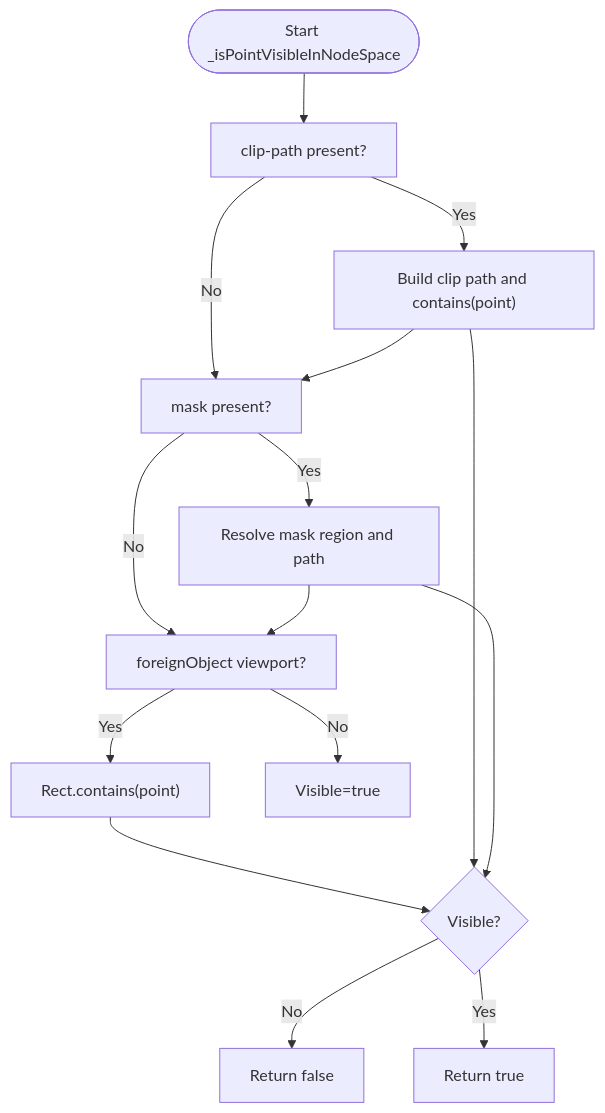
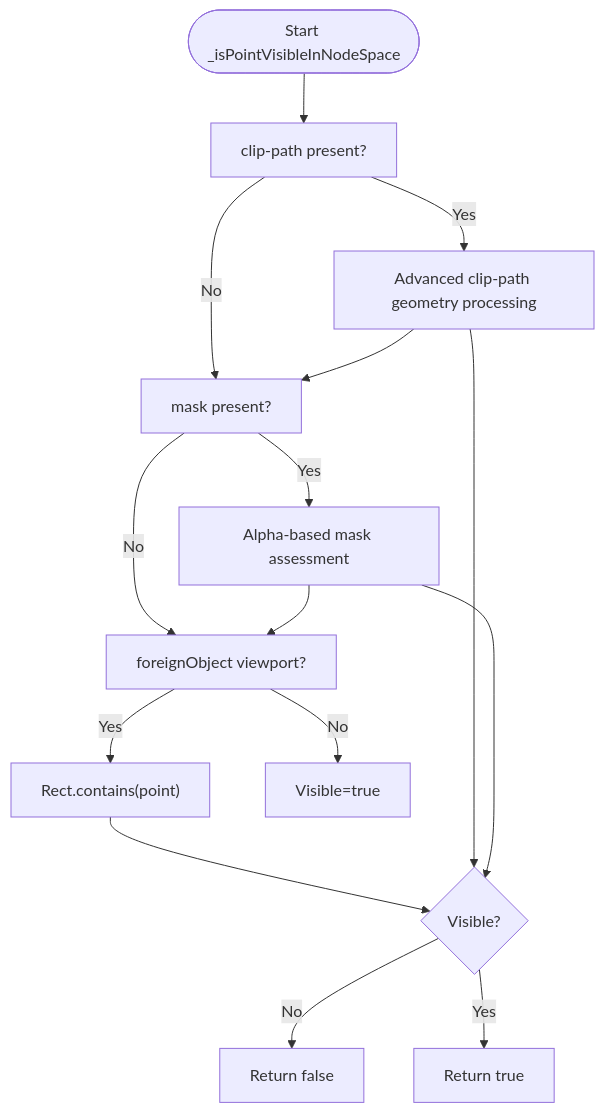
The sixth of 10 diagrams in .qoder/repowiki/en/content/Advanced Features/Interactive SVG Elements.md (denisnadey/flutter_full_svg_support), drawn with Mermaid before and after one commit. The commit also changed other lines of this file and 40 other files, not shown here.

````diff
--- a/.qoder/repowiki/en/content/Advanced Features/Interactive SVG Elements.md
+++ b/.qoder/repowiki/en/content/Advanced Features/Interactive SVG Elements.md
@@ -238,17 +287,17 @@
 ```mermaid
 flowchart TD
 StartVis(["Start _isPointVisibleInNodeSpace"]) --> Clip["clip-path present?"]
-Clip --> |Yes| ClipPath["Build clip path and contains(point)"]
+Clip --> |Yes| ClipPath["Advanced clip-path geometry processing"]
 Clip --> |No| Mask["mask present?"]
 ClipPath --> Mask
-Mask --> |Yes| MaskPath["Resolve mask region and path"]
+Mask --> |Yes| MaskPath["Alpha-based mask assessment"]
 Mask --> |No| FO["foreignObject viewport?"]
 MaskPath --> FO
 FO --> |Yes| FOCheck["Rect.contains(point)"]
 FO --> |No| True["Visible=true"]
 FOCheck --> Visible{"Visible?"}
 ClipPath --> Visible
 MaskPath --> Visible
 Visible --> |No| ReturnFalse["Return false"]
 Visible --> |Yes| ReturnTrue["Return true"]
 ```
````
